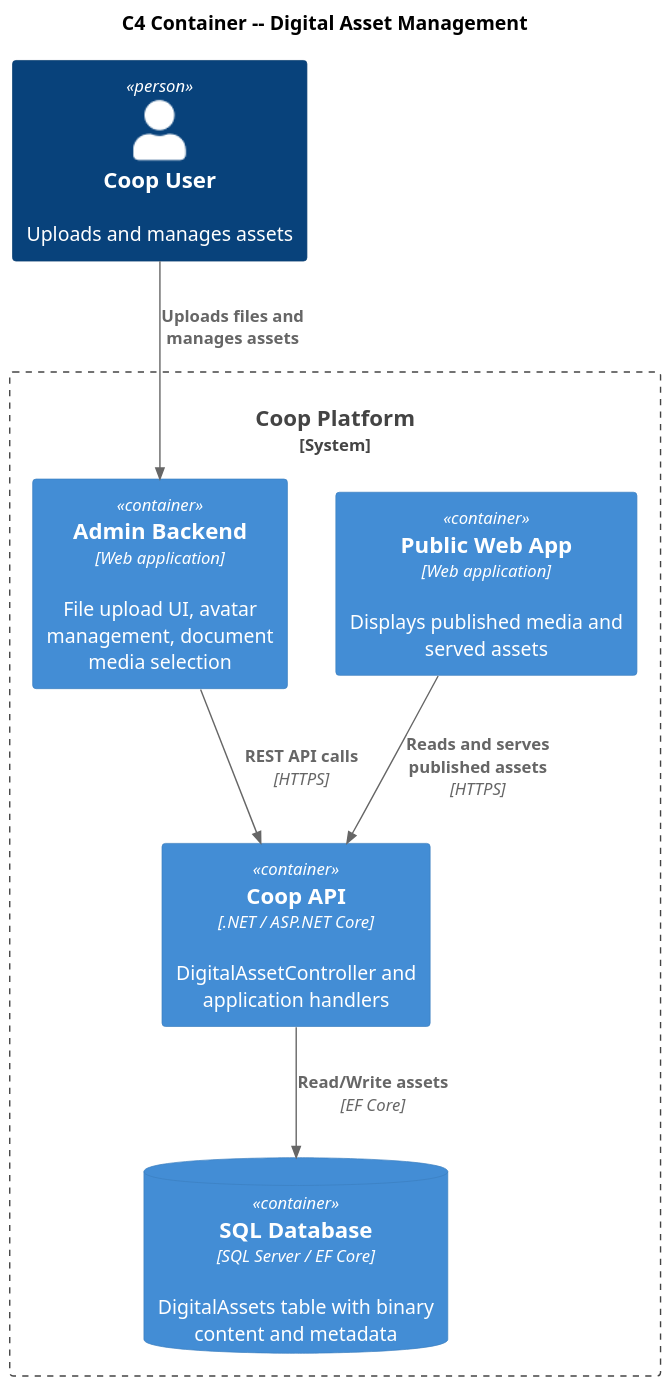
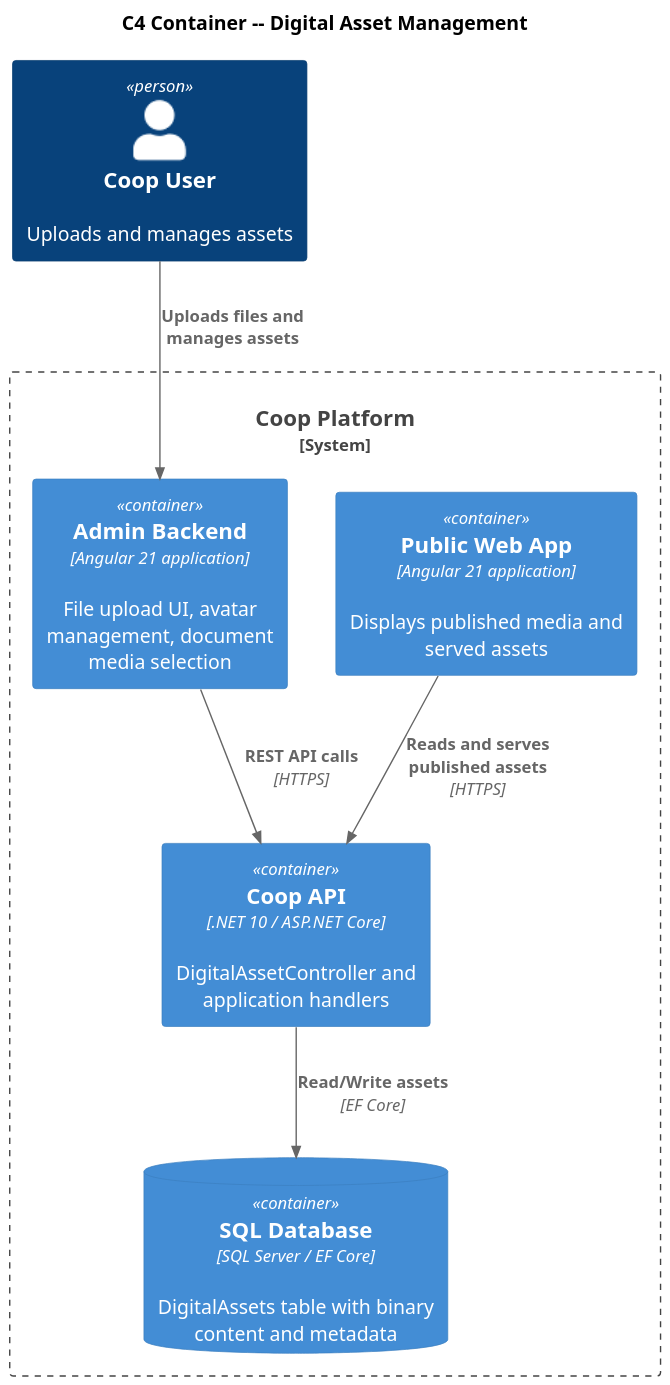
One commit to QuinntyneBrown/Coop changed the diagram in docs/detailed-designs/08-digital-asset-management/c4-container.puml. Above: the diagram before and after it, drawn with PlantUML. The commit also changed 23 other files, not shown here.

Commit message:
Update C4 diagrams with .NET 10 LTS and Angular 21 baseline and consolidate solution hierarchy

```diff
--- a/docs/detailed-designs/08-digital-asset-management/c4-container.puml
+++ b/docs/detailed-designs/08-digital-asset-management/c4-container.puml
@@ -1,23 +1,23 @@
 @startuml
 !include https://raw.githubusercontent.com/plantuml-stdlib/C4-PlantUML/master/C4_Container.puml
 
 skinparam dpi 150
 skinparam pageMargin 10
 
 title C4 Container -- Digital Asset Management
 
 Person(user, "Coop User", "Uploads and manages assets")
 
 System_Boundary(coop, "Coop Platform") {
-  Container(publicApp, "Public Web App", "Web application", "Displays published media and served assets")
-  Container(adminApp, "Admin Backend", "Web application", "File upload UI, avatar management, document media selection")
-  Container(api, "Coop API", ".NET / ASP.NET Core", "DigitalAssetController and application handlers")
+  Container(publicApp, "Public Web App", "Angular 21 application", "Displays published media and served assets")
+  Container(adminApp, "Admin Backend", "Angular 21 application", "File upload UI, avatar management, document media selection")
+  Container(api, "Coop API", ".NET 10 / ASP.NET Core", "DigitalAssetController and application handlers")
   ContainerDb(db, "SQL Database", "SQL Server / EF Core", "DigitalAssets table with binary content and metadata")
 }
 
 Rel(user, adminApp, "Uploads files and manages assets")
 Rel(adminApp, api, "REST API calls", "HTTPS")
 Rel(publicApp, api, "Reads and serves published assets", "HTTPS")
 Rel(api, db, "Read/Write assets", "EF Core")
 
 @enduml
```
